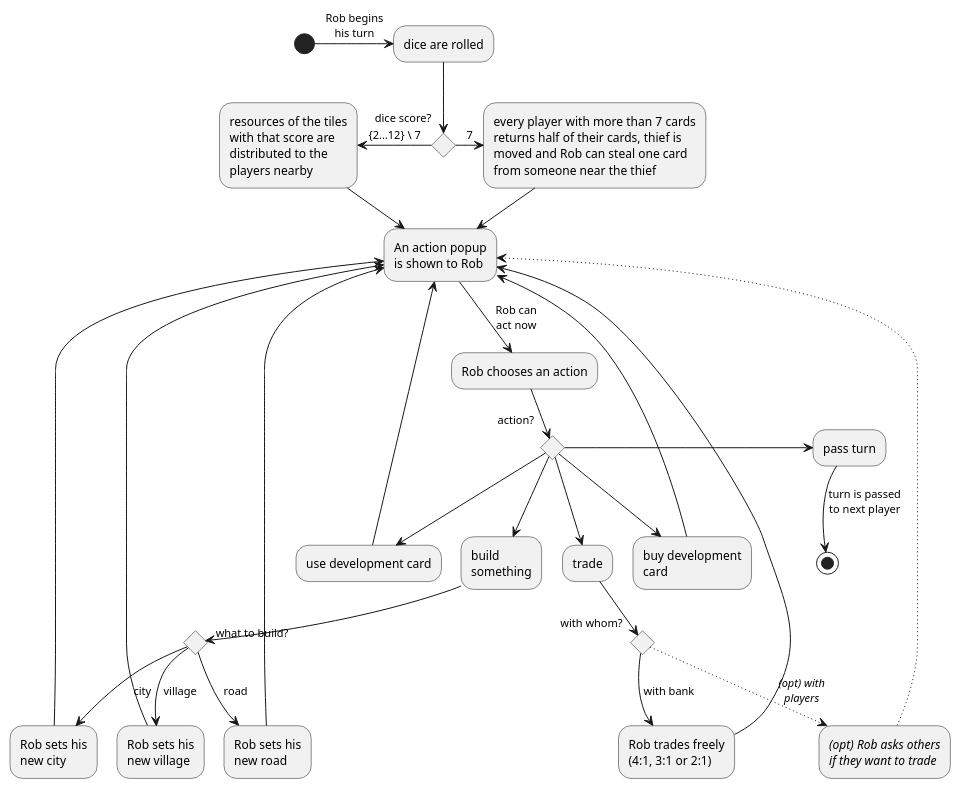
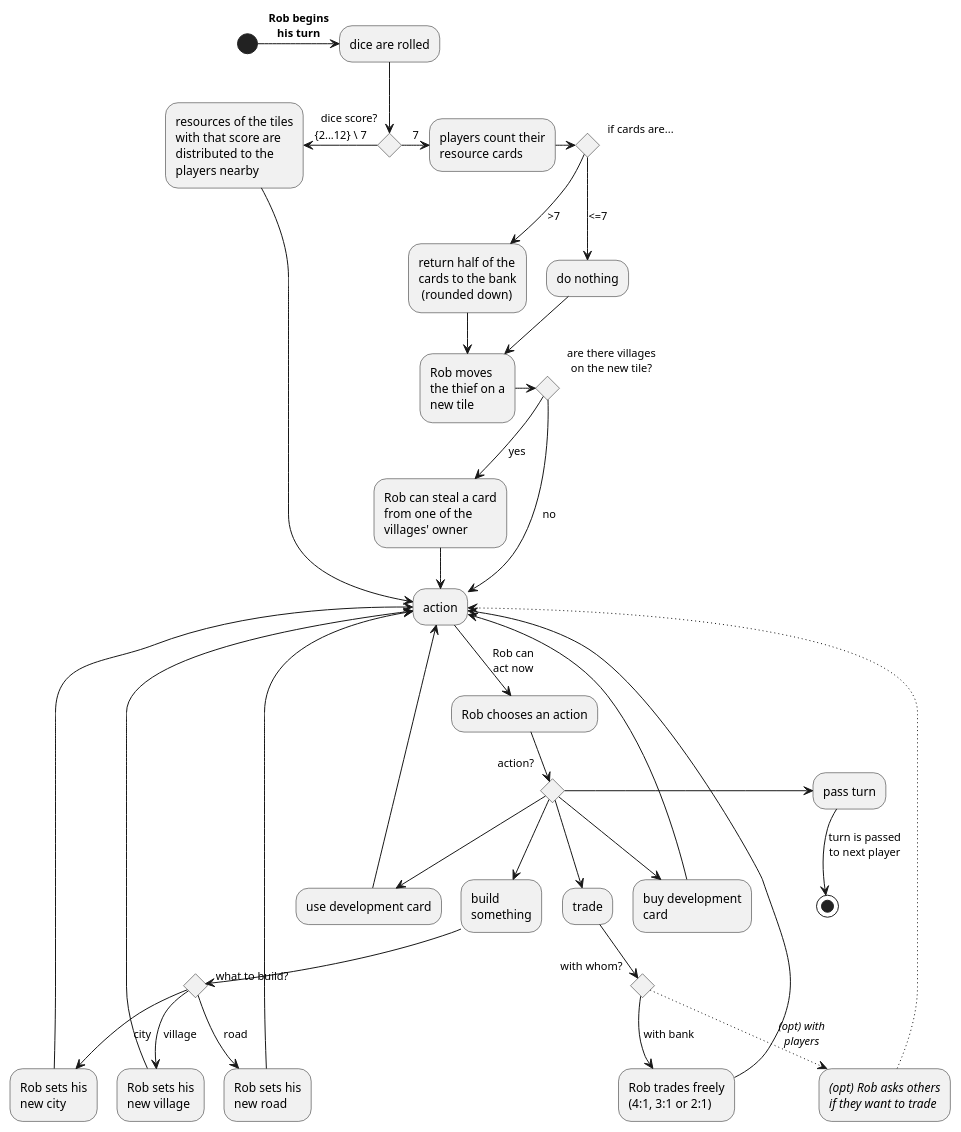
The diagram in diagrams/4-game-round-AD.puml (SoPraFS20-Group16/sopra-fs20-group-16-client), drawn with PlantUML before and after one commit. The commit also changed 1 other file, not shown here.

Commit message:
Added User to component diagram, expanded activity description when dice score 7

```diff
--- a/diagrams/4-game-round-AD.puml
+++ b/diagrams/4-game-round-AD.puml
@@ -1,63 +1,74 @@
 @startuml
 
-(*)  -> [Rob begins\nhis turn] "dice are rolled"
+(*)  -> [<b>Rob begins\n<b>his turn] "dice are rolled"
 if dice score? then
     -left-> [{2...12} \ 7] "resources of the tiles\nwith that score are
                         distributed to the\nplayers nearby" as diceAll
     else
-    -right-> [7] "every player with more than 7 cards
-            returns half of their cards, thief is
-            moved and Rob can steal one card
-            from someone near the thief" as dice7
+
+    -right-> [7] players count their\nresource cards
+    -right-> if "if cards are..."
+        --> [>7] return half of the\ncards to the bank\n (rounded down)
+        --> "Rob moves\nthe thief on a\nnew tile" as moveThief
+        else
+        --> [<=7] do nothing
+        --> moveThief
+    endif
+
+    -right-> if are there villages\non the new tile?
+        --> [yes] Rob can steal a card\nfrom one of the\nvillages' owner
+        --> action
+        else
+        --> [no] action
+
 
 endif
 
 diceAll --> "An action popup\nis shown to Rob" as action
-dice7 --> action
 action --> [Rob can\nact now] "Rob chooses an action"
 
 if action? then
     --> build\nsomething
     if "what to build?"
         --> [village] Rob sets his\nnew village
         --> action
         else
         --> [road] Rob sets his\nnew road
         --> action
         else
         --> [city] Rob sets his\nnew city
         --> action
     endif
 
     else
     --> trade
     if "with whom?"
         --> [with bank] Rob trades freely\n(4:1, 3:1 or 2:1)
 /'        if "has port?"
             --> [no] "4:1 trading"
             --> action
             else
             --> [normal\nport] "3:1 trading"
             --> action
             else
             --> [specific\nport] "2:1 trading"
             --> action
         endif'/
         --> action
 
         else
         ..> [<i>(opt) with\n<i>players] "<i>(opt) Rob asks others
                                    <i>if they want to trade"
         ..> action
     endif
 
     else
     --> buy development\ncard
     --> action
     else
     --> use development card
     --> action
     else
     -right-> "pass turn"
     --> [turn is passed\nto next player] (*)
 @enduml
```
